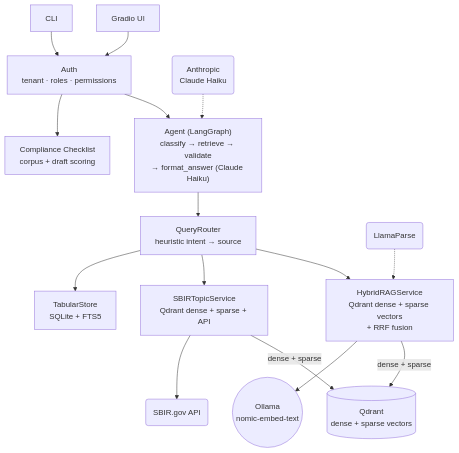
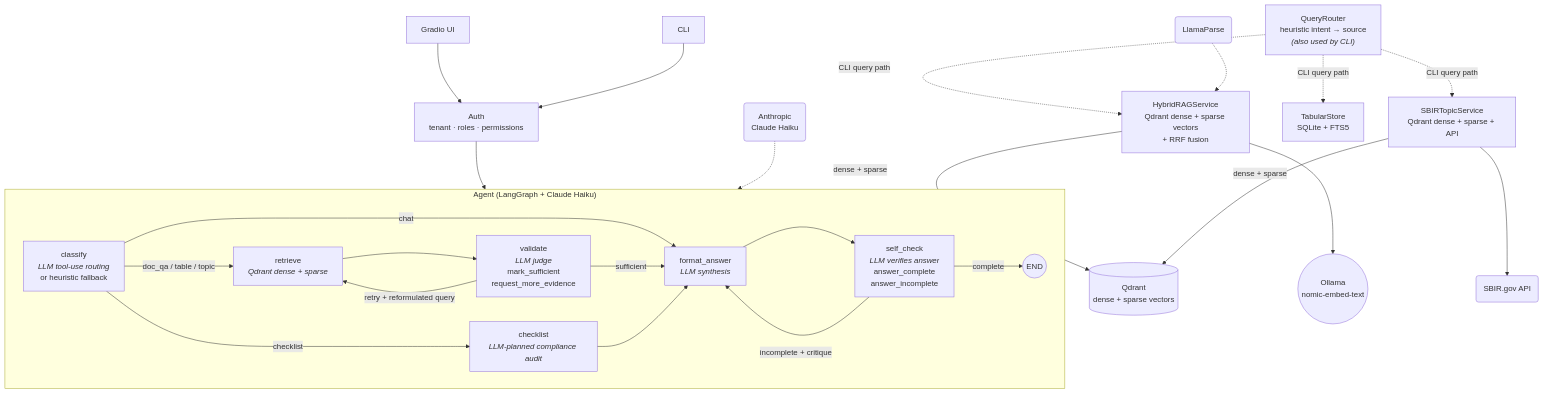
Before and after one commit to DimasDuran/GovGrant-AI: the diagram in README.md, drawn with Mermaid. The commit also changed other lines of this file and 2 other files, not shown here.

Commit message:
feat(agent): LLM-driven routing, sufficiency judge, self-check, and checklist planning
- classify_with_tools(): Anthropic function-calling replaces heuristic routing
  with 5 tools (search_documents/tables/sbir_topics, cross_check,
  compliance_checklist)
- judge_evidence(): LLM decides mark_sufficient vs request_more_evidence
  with LLM-generated suggested_query (removes re_search_hits heuristic)
- self_check_answer(): LLM verifies answer covers all sub-questions
  (answer_complete / answer_incomplete with critique), loops to revision
- checklist node: agent routes compliance queries to run_checklist()
  with LLM-selected packages, interprets results
- AgentState: next_action, retries, reformulated_query, self_check fields
- StateGraph: conditional edges for retry loops and checklist branching
- README: updated architecture diagram, agent pipeline, CLI examples

````diff
--- a/README.md
+++ b/README.md
@@ -15,42 +15,59 @@
 ```mermaid
 graph TB
     %% Entry points
     UI["Gradio UI"]
     CLI["CLI"]
 
     %% Auth
     AUTH["Auth<br/>tenant · roles · permissions"]
 
-    %% Two main paths
-    AGENT["Agent (LangGraph)<br/>classify → retrieve → validate<br/>→ format_answer (Claude Haiku)"]
-    CHECKLIST["Compliance Checklist<br/>corpus + draft scoring"]
+    %% Agent (LangGraph) — full pipeline
+    subgraph AGENT["Agent (LangGraph + Claude Haiku)"]
+        C["classify<br/><i>LLM tool‑use routing</i><br/>or heuristic fallback"]
+        R["retrieve<br/><i>Qdrant dense + sparse</i>"]
+        V["validate<br/><i>LLM judge</i><br/>mark_sufficient<br/>request_more_evidence"]
+        F["format_answer<br/><i>LLM synthesis</i>"]
+        S["self_check<br/><i>LLM verifies answer</i><br/>answer_complete<br/>answer_incomplete"]
+        CK["checklist<br/><i>LLM‑planned compliance audit</i>"]
+
+        C -->|doc_qa / table / topic| R
+        C -->|checklist| CK
+        C -->|chat| F
+        R --> V
+        V -->|sufficient| F
+        V -->|retry + reformulated query| R
+        F --> S
+        S -->|incomplete + critique| F
+        S -->|complete| E
+        CK --> F
+    end
+
+    E(("END"))
 
     %% Router + RAG
-    ROUTER["QueryRouter<br/>heuristic intent → source"]
+    ROUTER["QueryRouter<br/>heuristic intent → source<br/><i>(also used by CLI)</i>"]
     HR["HybridRAGService<br/>Qdrant dense + sparse vectors<br/>+ RRF fusion"]
     SBIR["SBIRTopicService<br/>Qdrant dense + sparse + API"]
     TABULAR["TabularStore<br/>SQLite + FTS5"]
 
     %% External / infra
     QD[(Qdrant<br/>dense + sparse vectors)]
     OLL(("Ollama<br/>nomic-embed-text"))
     LLAMA("LlamaParse")
     ANTH("Anthropic<br/>Claude Haiku")
     SBIRAPI("SBIR.gov API")
 
     %% Flows
     UI --> AUTH
     CLI --> AUTH
     AUTH --> AGENT
-    AUTH --> CHECKLIST
-    AGENT --> ROUTER
-    ROUTER --> HR
-    ROUTER --> SBIR
-    ROUTER --> TABULAR
+    ROUTER -.->|CLI query path| HR
+    ROUTER -.->|CLI query path| SBIR
+    ROUTER -.->|CLI query path| TABULAR
     HR -->|dense + sparse| QD
     HR --> OLL
     SBIR -->|dense + sparse| QD
     SBIR --> SBIRAPI
     LLAMA -.-> HR
     ANTH -.-> AGENT
 ```
````
